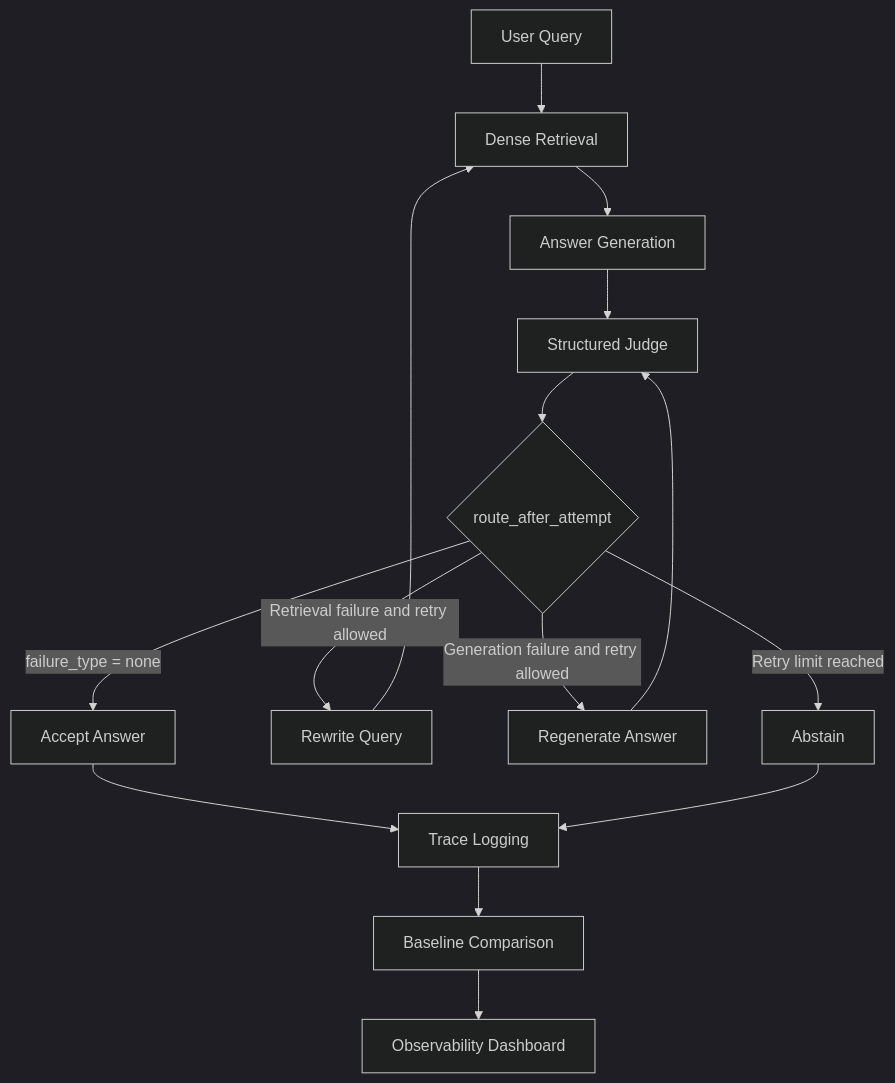
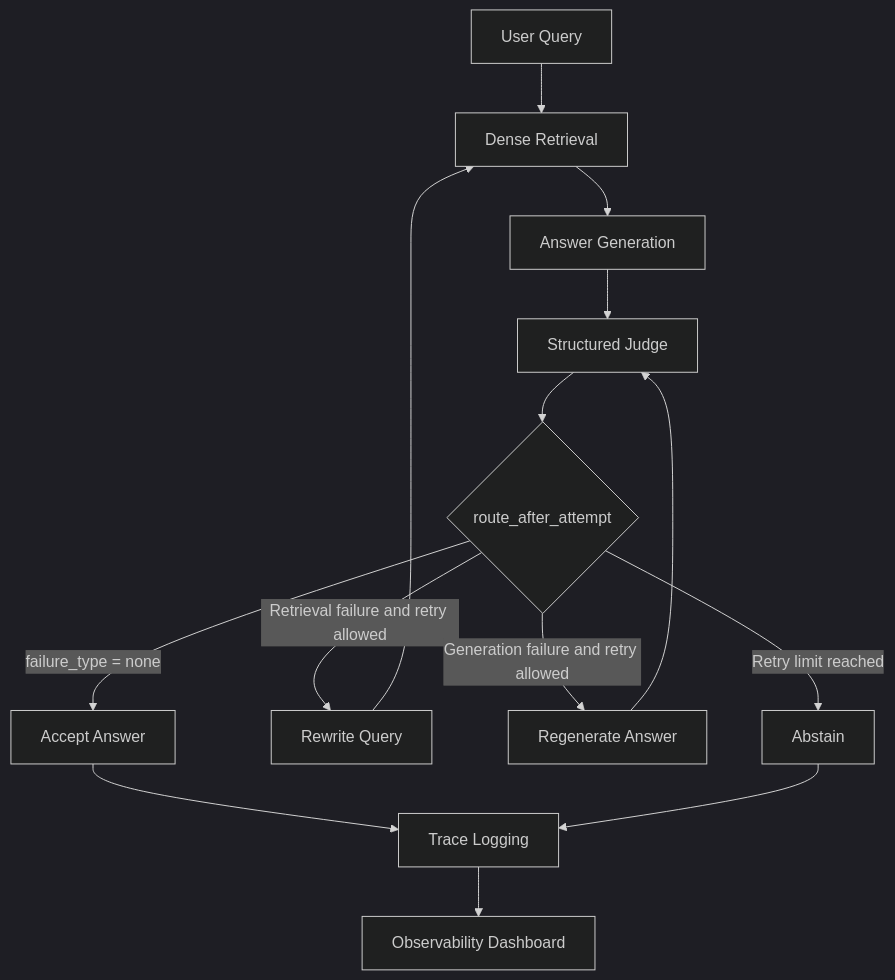
Before and after one commit to ShivanshMaurya001/Agentic-Rag-observability: the first of 4 diagrams in README.md, drawn with Mermaid (dark theme). The commit also changed other lines of this file and 3 other files, not shown here.

````diff
--- a/README.md
+++ b/README.md
@@ -27,23 +125,22 @@
 ```mermaid
 flowchart TD
     A[User Query] --> B[Dense Retrieval]
     B --> C[Answer Generation]
     C --> D[Structured Judge]
 
     D --> E{route_after_attempt}
 
     E -->|failure_type = none| F[Accept Answer]
 
     E -->|Retrieval failure and retry allowed| G[Rewrite Query]
     G --> B
 
     E -->|Generation failure and retry allowed| H[Regenerate Answer]
     H --> D
 
     E -->|Retry limit reached| I[Abstain]
 
     F --> J[Trace Logging]
     I --> J
-    J --> K[Baseline Comparison]
-    K --> L[Observability Dashboard]
+    J --> L[Observability Dashboard]
 ```
````
